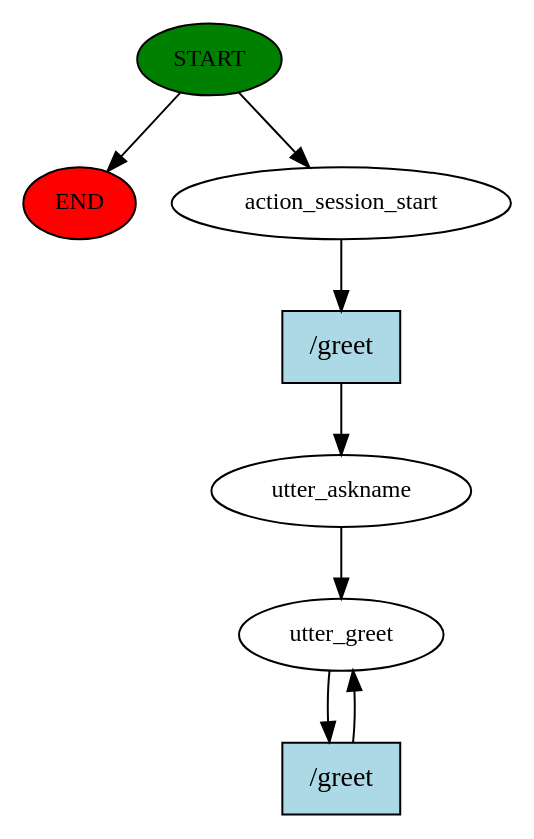
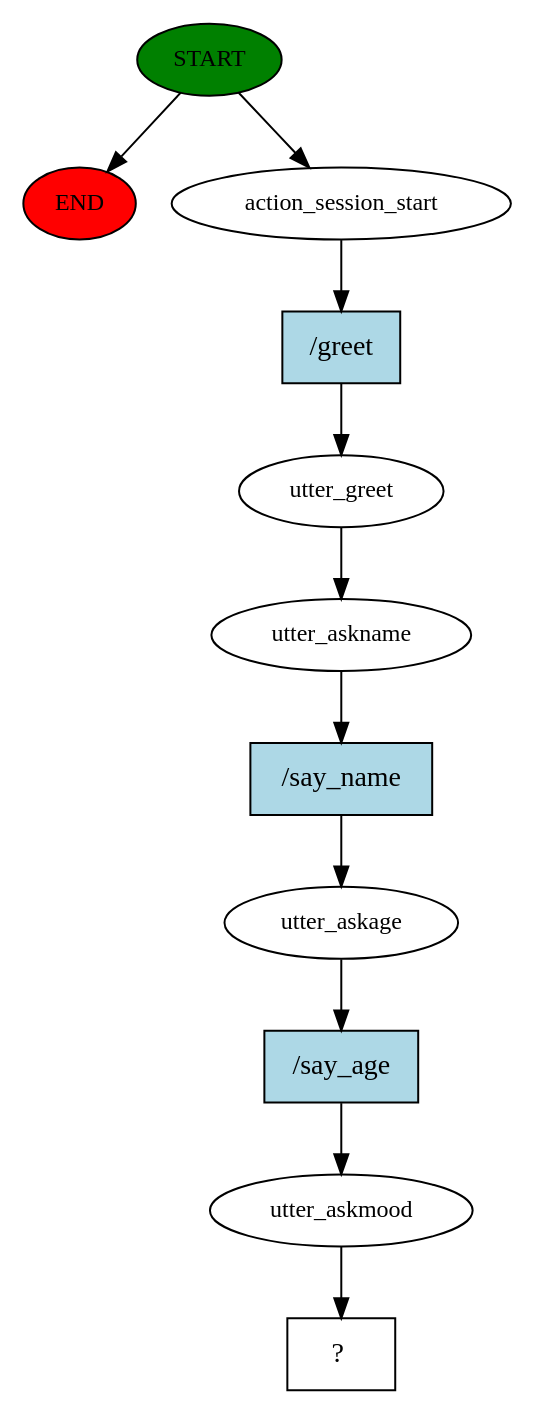
One commit to josemmsantos14/-ambinteligentes_tp2 changed the diagram in chatbot/story_graph.dot. Above: the diagram before and after it, drawn with Graphviz. The commit also changed 485 other files, not shown here.

```diff
--- a/chatbot/story_graph.dot
+++ b/chatbot/story_graph.dot
@@ -1,16 +1,23 @@
 digraph  {
 0 [class="start active", fillcolor=green, fontsize=12, label=START, style=filled];
 "-1" [class=end, fillcolor=red, fontsize=12, label=END, style=filled];
 1 [class=active, fontsize=12, label=action_session_start];
-2 [class=active, fontsize=12, label=utter_askname];
-3 [class="active dashed", fontsize=12, label=utter_greet];
-5 [class="intent active", fillcolor=lightblue, label="/greet", shape=rect, style=filled];
-6 [class="intent active", fillcolor=lightblue, label="/greet", shape=rect, style=filled];
+2 [class=active, fontsize=12, label=utter_greet];
+3 [class=active, fontsize=12, label=utter_askname];
+4 [class=active, fontsize=12, label=utter_askage];
+5 [class=active, fontsize=12, label=utter_askmood];
+6 [class="intent dashed active", label="  ?  ", shape=rect];
+7 [class="intent active", fillcolor=lightblue, label="/greet", shape=rect, style=filled];
+8 [class="intent active", fillcolor=lightblue, label="/say_name", shape=rect, style=filled];
+9 [class="intent active", fillcolor=lightblue, label="/say_age", shape=rect, style=filled];
 0 -> "-1"  [class="", key=NONE, label=""];
 0 -> 1  [class=active, key=NONE, label=""];
-1 -> 5  [class=active, key=0];
+1 -> 7  [class=active, key=0];
 2 -> 3  [class=active, key=NONE, label=""];
-3 -> 6  [class=active, key=0];
-5 -> 2  [class=active, key=0];
-6 -> 3  [class=active, key=0];
+3 -> 8  [class=active, key=0];
+4 -> 9  [class=active, key=0];
+5 -> 6  [class=active, key=NONE, label=""];
+7 -> 2  [class=active, key=0];
+8 -> 4  [class=active, key=0];
+9 -> 5  [class=active, key=0];
 }
```
